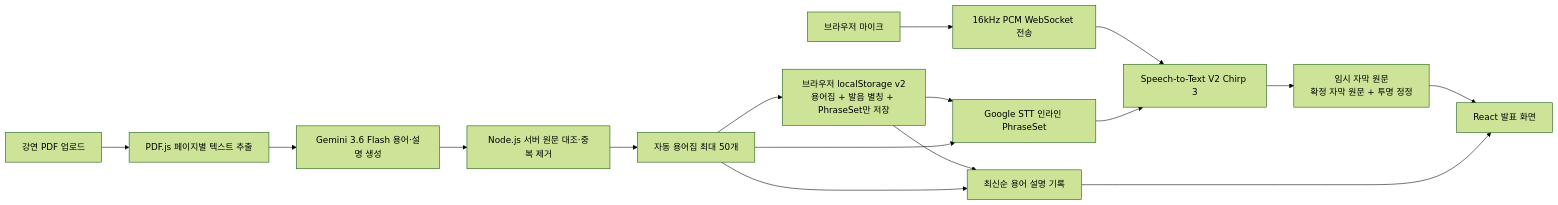
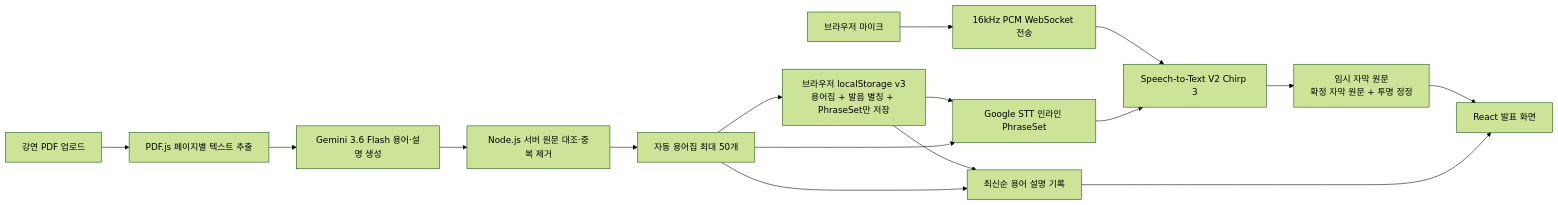
One commit to nsjjjjjj/lecture-context-ai changed the diagram in README.md. Above: the diagram before and after it, drawn with Mermaid (forest theme). The commit also changed other lines of this file and 12 other files, not shown here.

````diff
--- a/README.md
+++ b/README.md
@@ -29,18 +29,18 @@
 ```mermaid
 flowchart LR
     A["강연 PDF 업로드"] --> B["PDF.js 페이지별 텍스트 추출"]
     B --> C["Gemini 3.6 Flash 용어·설명 생성"]
     C --> D["Node.js 서버 원문 대조·중복 제거"]
     D --> E["자동 용어집 최대 50개"]
-    E --> M["브라우저 localStorage v2<br/>용어집 + 발음 별칭 + PhraseSet만 저장"]
+    E --> M["브라우저 localStorage v3<br/>용어집 + 발음 별칭 + PhraseSet만 저장"]
     M --> F
     M --> K
     E --> F["Google STT 인라인 PhraseSet"]
     G["브라우저 마이크"] --> H["16kHz PCM WebSocket 전송"]
     H --> I["Speech-to-Text V2 Chirp 3"]
     F --> I
     I --> J["임시 자막 원문<br/>확정 자막 원문 + 투명 정정"]
     E --> K["최신순 용어 설명 기록"]
     J --> L["React 발표 화면"]
     K --> L
 ```
````
